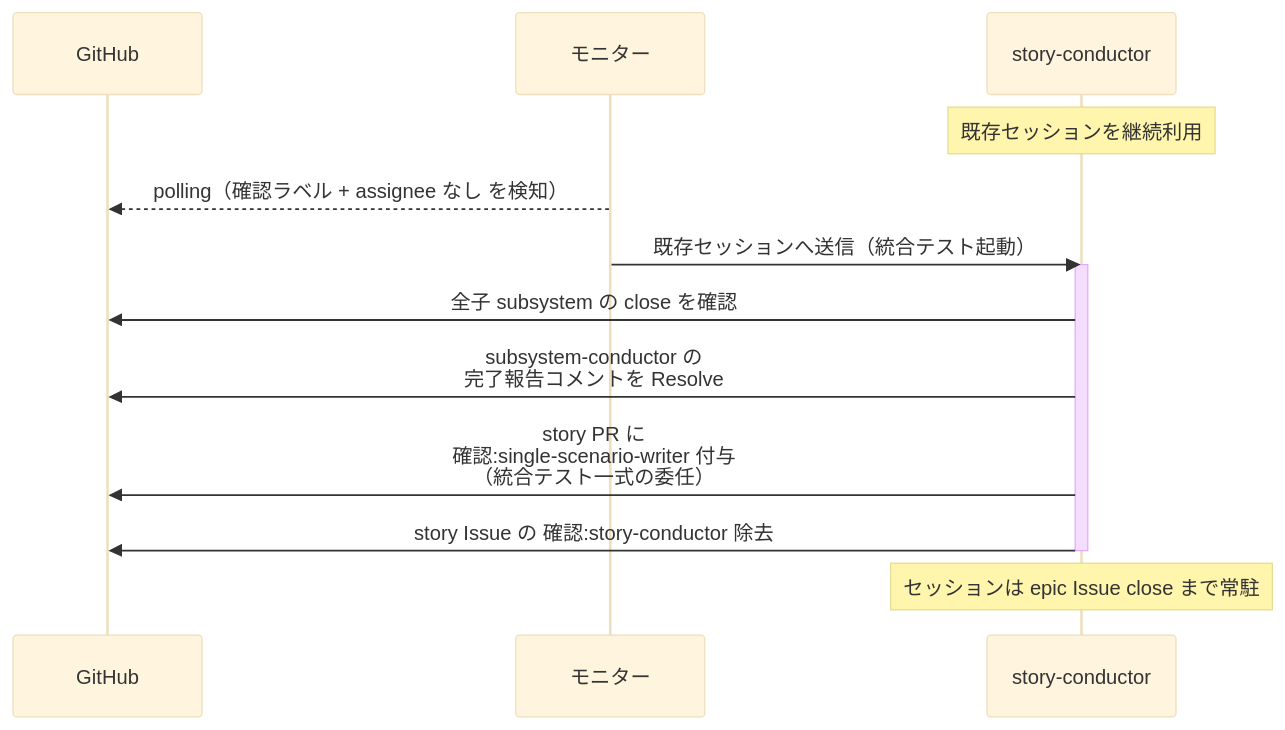
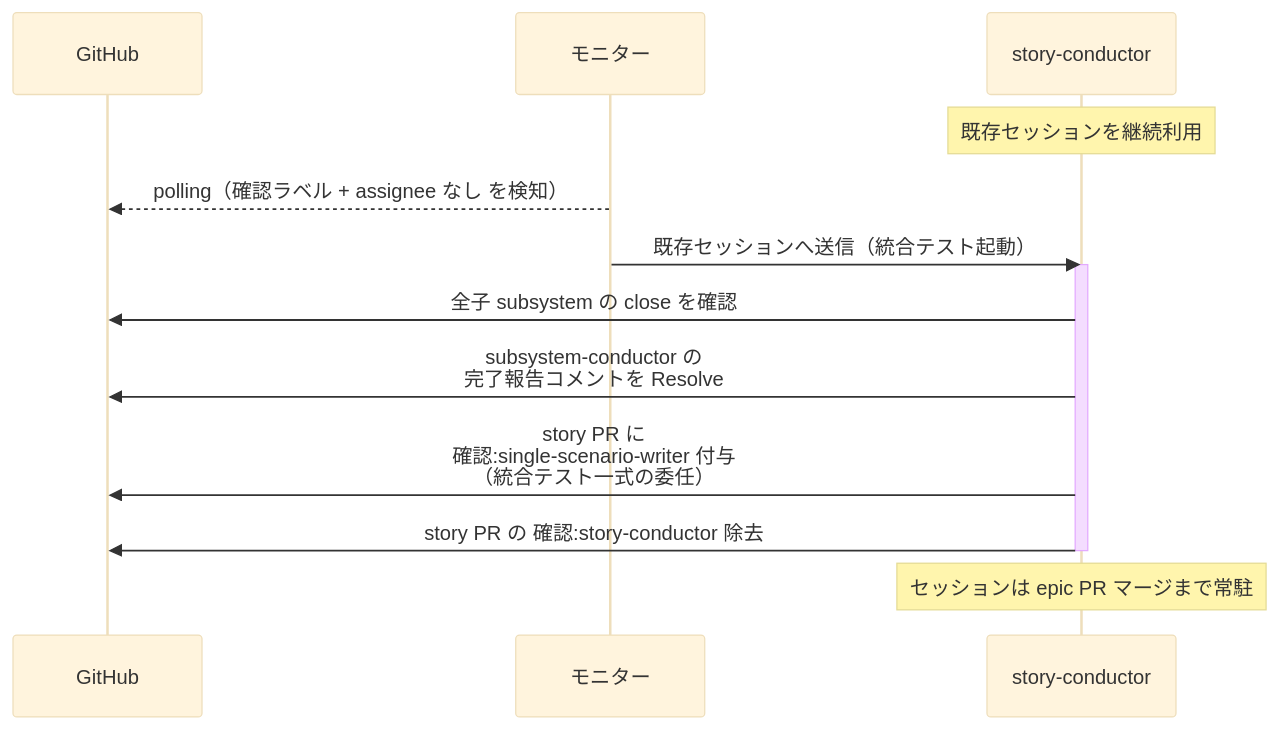
Before and after one commit to shuhei1101/ai-monitor: the first of 4 diagrams in docs/wiki/設計図/シナリオ/単一ユースケース/統合テスト起動.md, drawn with Mermaid (base theme). The commit also changed other lines of this file and 256 other files, not shown here.

````diff
--- a/docs/wiki/設計図/シナリオ/単一ユースケース/統合テスト起動.md
+++ b/docs/wiki/設計図/シナリオ/単一ユースケース/統合テスト起動.md
@@ -35,17 +35,17 @@
 ```mermaid
 sequenceDiagram
   participant GH as GitHub
   participant ORC as モニター
   participant MON as story-conductor
 
   Note over MON: 既存セッションを継続利用
   ORC-->>GH: polling（確認ラベル + assignee なし を検知）
   ORC->>MON: 既存セッションへ送信（統合テスト起動）
   activate MON
   MON->>GH: 全子 subsystem の close を確認
   MON->>GH: subsystem-conductor の<br>完了報告コメントを Resolve
   MON->>GH: story PR に<br>確認:single-scenario-writer 付与<br>（統合テスト一式の委任）
-  MON->>GH: story Issue の 確認:story-conductor 除去
+  MON->>GH: story PR の 確認:story-conductor 除去
   deactivate MON
-  Note over MON: セッションは epic Issue close まで常駐
+  Note over MON: セッションは epic PR マージまで常駐
 ```
````
